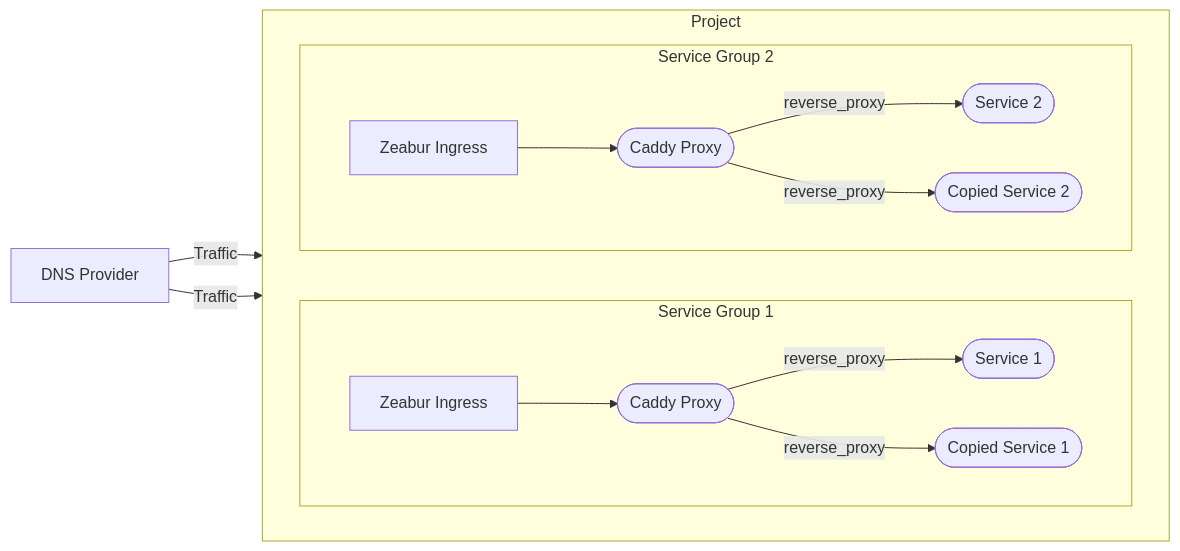
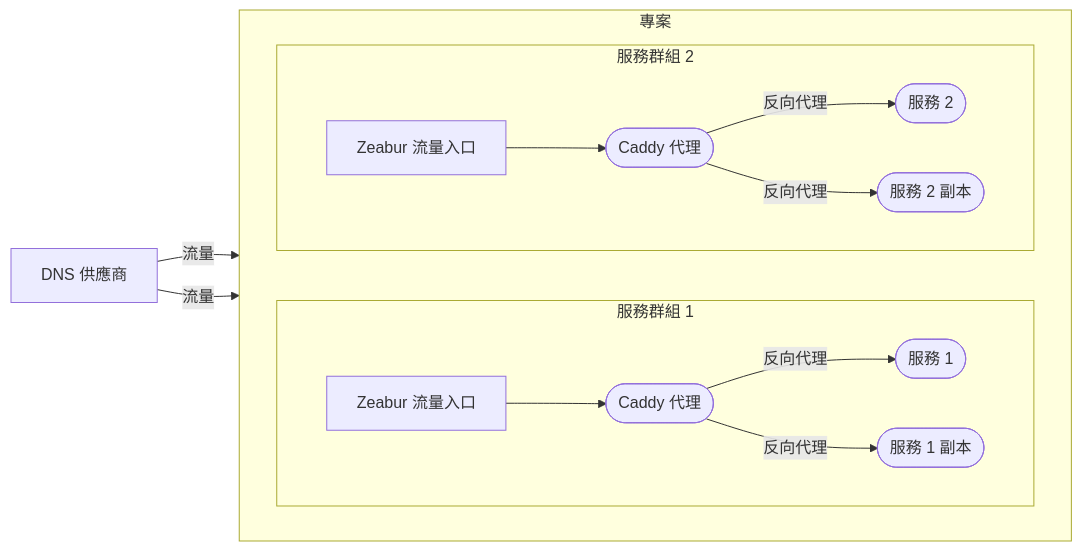
The second of 3 diagrams in docs/pages/zh-TW/networking/high-availability.mdx (zeabur/zeabur), drawn with Mermaid before and after one commit. The commit also changed other lines of this file, not shown here.

Commit message:
docs(networking/ha): translate chart in zh-TW

````diff
--- a/docs/pages/zh-TW/networking/high-availability.mdx
+++ b/docs/pages/zh-TW/networking/high-availability.mdx
@@ -49,35 +49,35 @@
 ```mermaid
 flowchart LR
-    DNS[DNS Provider]
+    DNS[DNS 供應商]
     
-    subgraph Project
+    subgraph 專案
         direction LR
 
-        subgraph Service Group 1
+        subgraph 服務群組 1
             direction LR
-            Srv1([Service 1])
-            Srv1_2([Copied Service 1])
-            Caddy_S1([Caddy Proxy])
-            Ingress1[Zeabur Ingress]
+            Srv1([服務 1])
+            Srv1_2([服務 1 副本])
+            Caddy_S1([Caddy 代理])
+            Ingress1[Zeabur 流量入口]
 
             Ingress1 --> Caddy_S1
-            Caddy_S1 --reverse_proxy--> Srv1
-            Caddy_S1 --reverse_proxy--> Srv1_2
+            Caddy_S1 --反向代理--> Srv1
+            Caddy_S1 --反向代理--> Srv1_2
         end
 
-        subgraph Service Group 2
+        subgraph 服務群組 2
             direction LR
-            Srv2([Service 2])
-            Srv2_2([Copied Service 2])
-            Caddy_S2([Caddy Proxy])
-            Ingress2[Zeabur Ingress]
+            Srv2([服務 2])
+            Srv2_2([服務 2 副本])
+            Caddy_S2([Caddy 代理])
+            Ingress2[Zeabur 流量入口]
 
             Ingress2 --> Caddy_S2
-            Caddy_S2 --reverse_proxy--> Srv2
-            Caddy_S2 --reverse_proxy--> Srv2_2
+            Caddy_S2 --反向代理--> Srv2
+            Caddy_S2 --反向代理--> Srv2_2
         end
     end
 
-    DNS --Traffic--> Ingress1
-    DNS --Traffic--> Ingress2
+    DNS --流量--> Ingress1
+    DNS --流量--> Ingress2
 ```
````
